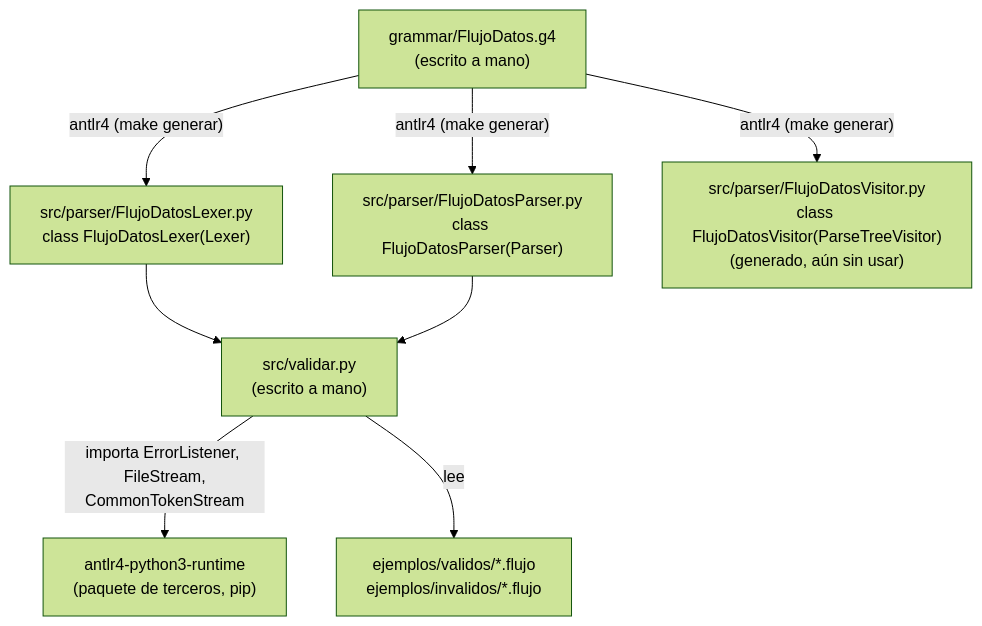
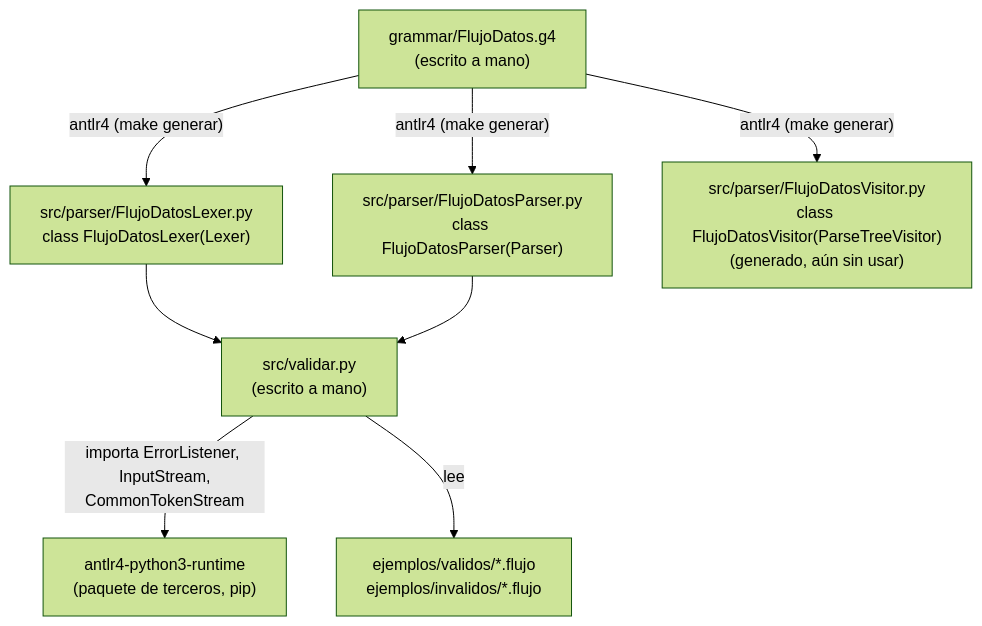
One commit to lauu-n/proyecto_lenguaje changed the diagram in docs/conceptos_antlr.md. Above: the diagram before and after it, drawn with Mermaid (forest theme). The commit also changed other lines of this file and 2 other files, not shown here.

````diff
--- a/docs/conceptos_antlr.md
+++ b/docs/conceptos_antlr.md
@@ -55,11 +54,11 @@
 ```mermaid
 flowchart TD
     G["grammar/FlujoDatos.g4<br/>(escrito a mano)"]
     G -- "antlr4 (make generar)" --> L["src/parser/FlujoDatosLexer.py<br/>class FlujoDatosLexer(Lexer)"]
     G -- "antlr4 (make generar)" --> P["src/parser/FlujoDatosParser.py<br/>class FlujoDatosParser(Parser)"]
     G -- "antlr4 (make generar)" --> V["src/parser/FlujoDatosVisitor.py<br/>class FlujoDatosVisitor(ParseTreeVisitor)<br/>(generado, aún sin usar)"]
     L --> S["src/validar.py<br/>(escrito a mano)"]
     P --> S
-    S -- "importa ErrorListener, FileStream,<br/>CommonTokenStream" --> R["antlr4-python3-runtime<br/>(paquete de terceros, pip)"]
+    S -- "importa ErrorListener, InputStream,<br/>CommonTokenStream" --> R["antlr4-python3-runtime<br/>(paquete de terceros, pip)"]
     S -- "lee" --> E["ejemplos/validos/*.flujo<br/>ejemplos/invalidos/*.flujo"]
 ```
````
